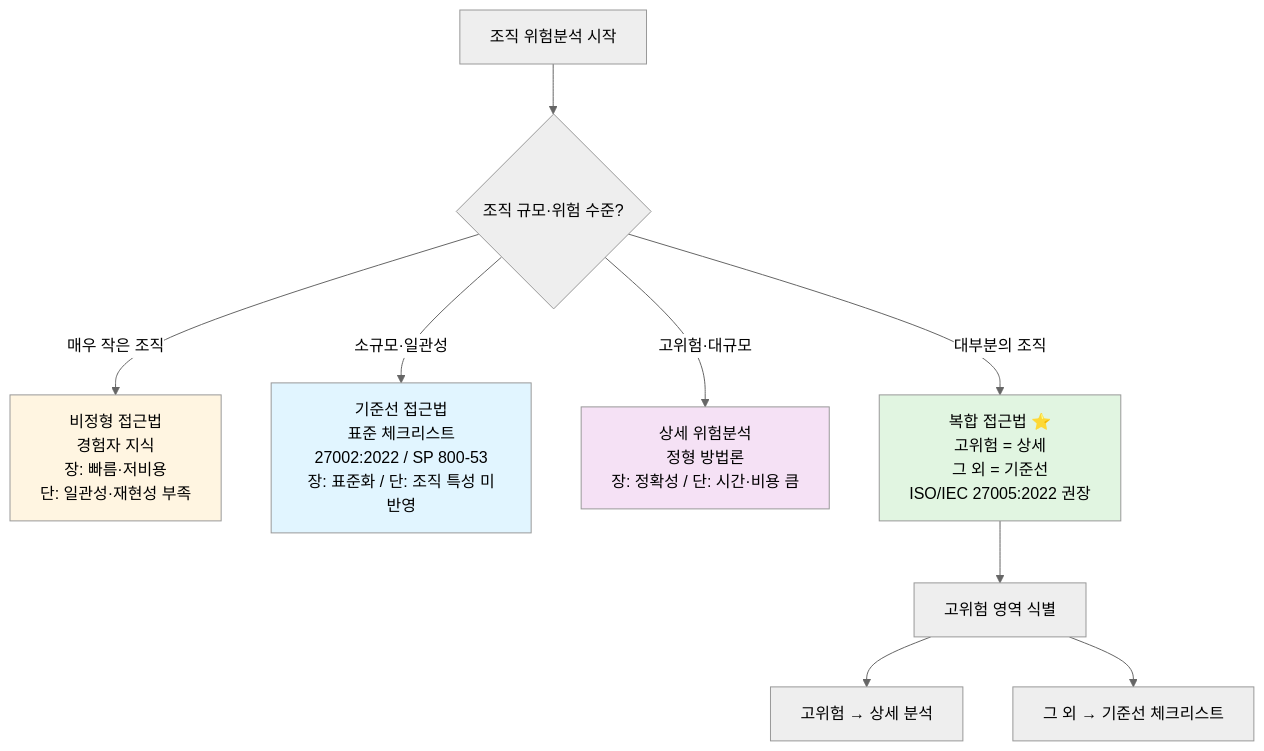
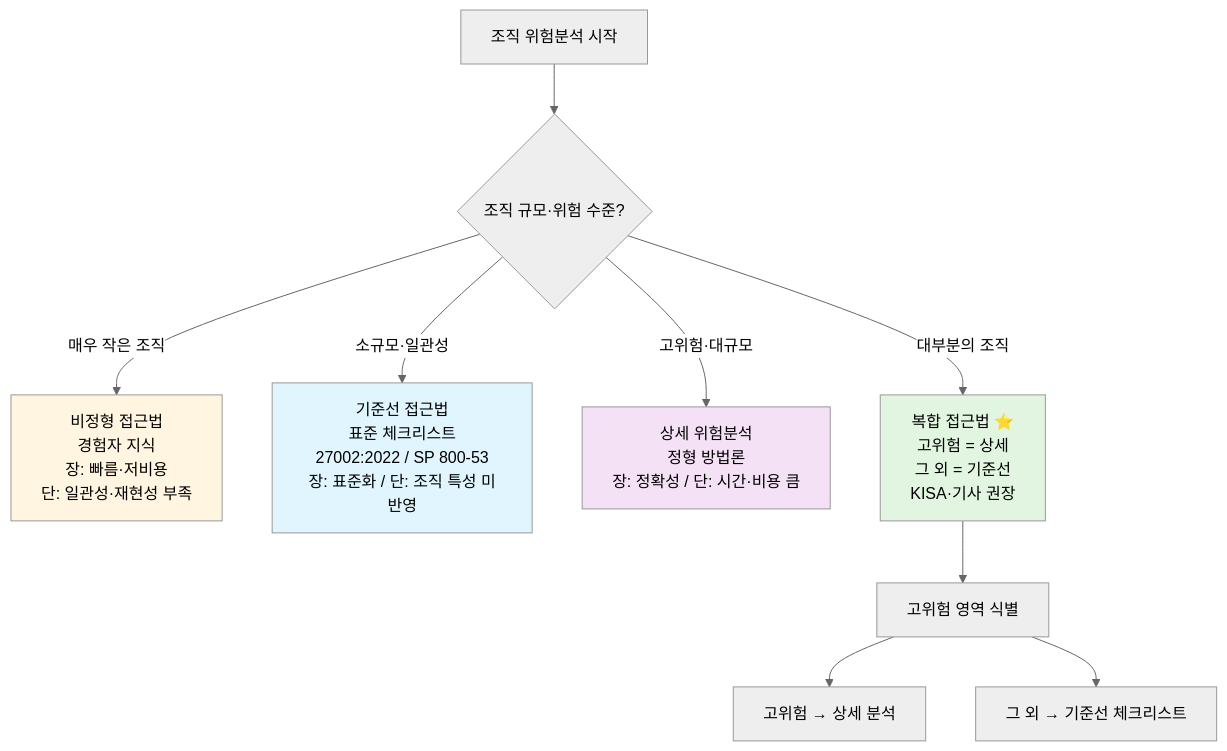
The fourth of 5 diagrams in cs/information-security/study/05.management-and-law/02.risk-assessment.md (ianrang/cs-study), drawn with Mermaid (neutral theme) before and after one commit. The commit also changed other lines of this file and 1 other file, not shown here.

First line of the commit message:
docs(infosec): 위험평가 학습 노트 검토 반영 (ISO·NIST 출처 정정)

````diff
--- a/cs/information-security/study/05.management-and-law/02.risk-assessment.md
+++ b/cs/information-security/study/05.management-and-law/02.risk-assessment.md
@@ -662,21 +671,21 @@
 ```mermaid
 graph TD
   Q[조직 위험분석 시작] --> Q1{조직 규모·위험 수준?}
 
   Q1 -- 매우 작은 조직 --> INF[비정형 접근법<br/>경험자 지식<br/>장: 빠름·저비용<br/>단: 일관성·재현성 부족]
 
   Q1 -- 소규모·일관성 --> BL[기준선 접근법<br/>표준 체크리스트<br/>27002:2022 / SP 800-53<br/>장: 표준화 / 단: 조직 특성 미반영]
 
   Q1 -- 고위험·대규모 --> DET[상세 위험분석<br/>정형 방법론<br/>장: 정확성 / 단: 시간·비용 큼]
 
-  Q1 -- 대부분의 조직 --> CMB[복합 접근법 ⭐<br/>고위험 = 상세<br/>그 외 = 기준선<br/>ISO/IEC 27005:2022 권장]
+  Q1 -- 대부분의 조직 --> CMB[복합 접근법 ⭐<br/>고위험 = 상세<br/>그 외 = 기준선<br/>KISA·기사 권장]
 
   CMB --> CMB1[고위험 영역 식별]
   CMB1 --> CMB2[고위험 → 상세 분석]
   CMB1 --> CMB3[그 외 → 기준선 체크리스트]
 
   style CMB fill:#e1f5e1
   style INF fill:#fff5e1
   style BL fill:#e1f5ff
   style DET fill:#f5e1f5
 ```
````
